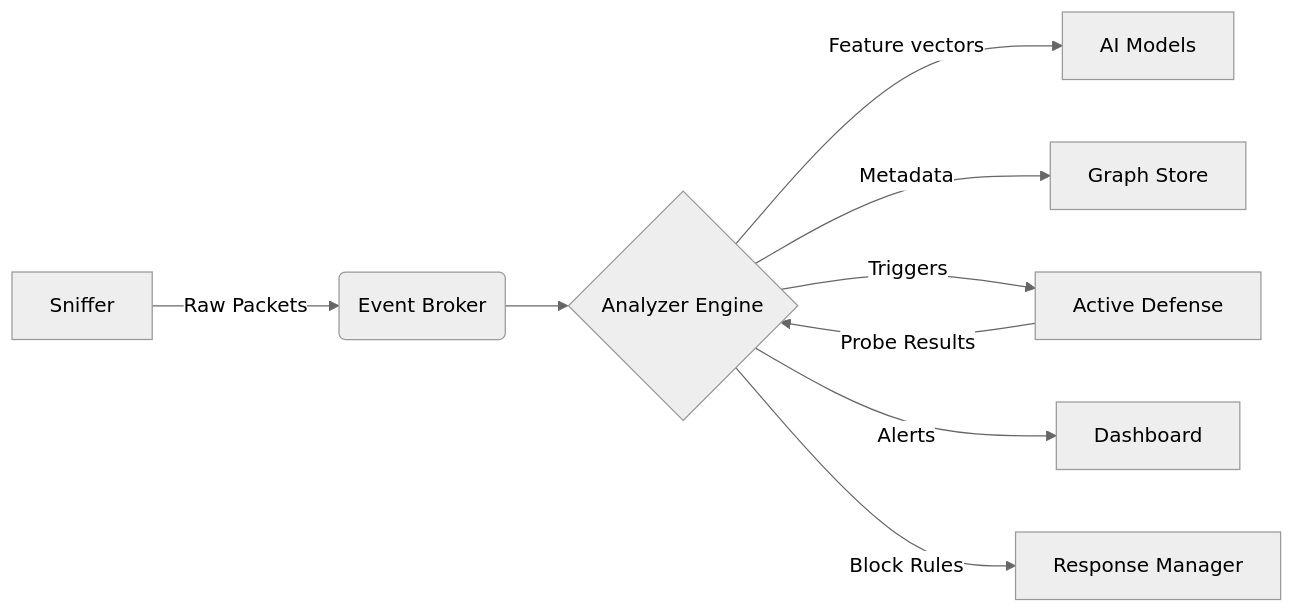
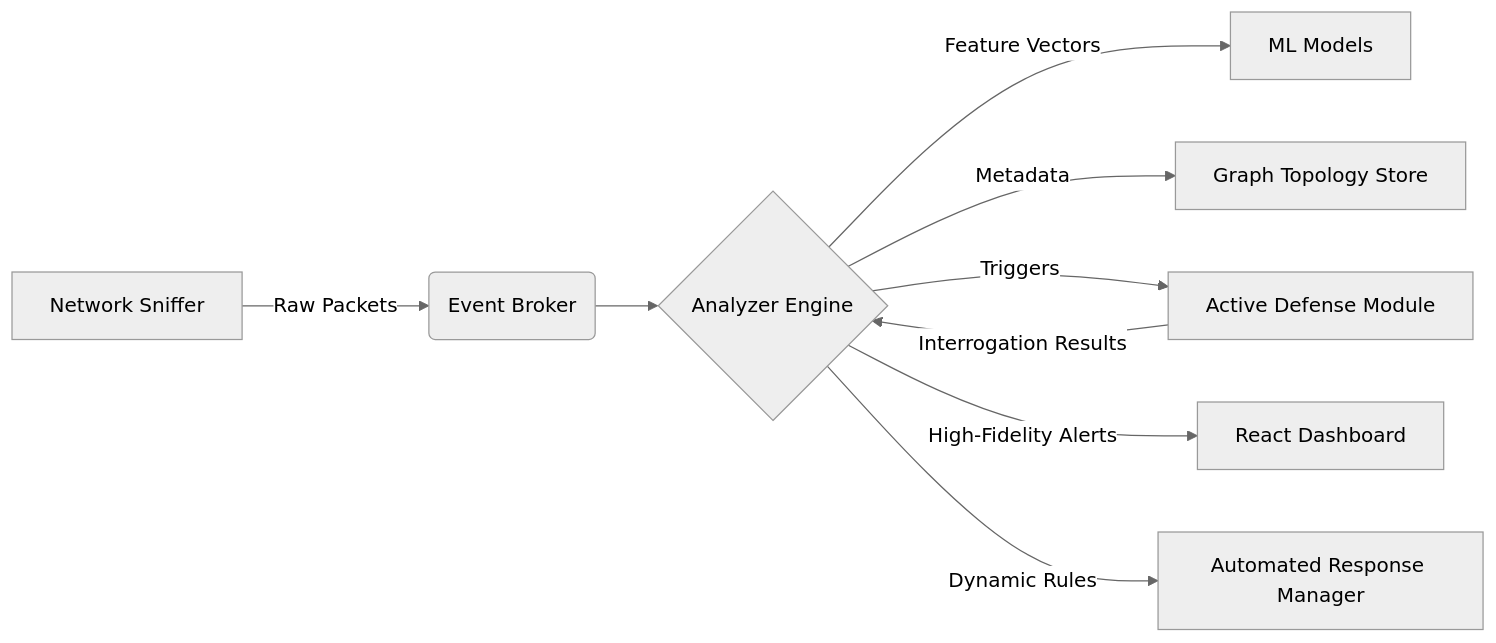
The diagram in README.md (The-Cloud-Ambassadors/Shadow_hunter), drawn with Mermaid (neutral theme) before and after one commit. The commit also changed other lines of this file and 3 other files, not shown here.

````diff
--- a/README.md
+++ b/README.md
@@ -74,11 +35,11 @@
 ```mermaid
 graph LR
-    A[Sniffer] -->|Raw Packets| B(Event Broker)
+    A[Network Sniffer] -->|Raw Packets| B(Event Broker)
     B --> C{Analyzer Engine}
-    C -->|Feature vectors| D[AI Models]
-    C -->|Metadata| E[Graph Store]
-    C -->|Triggers| F[Active Defense]
-    F -->|Probe Results| C
-    C -->|Alerts| G[Dashboard]
-    C -->|Block Rules| H[Response Manager]
+    C -->|Feature Vectors| D[ML Models]
+    C -->|Metadata| E[Graph Topology Store]
+    C -->|Triggers| F[Active Defense Module]
+    F -->|Interrogation Results| C
+    C -->|High-Fidelity Alerts| G[React Dashboard]
+    C -->|Dynamic Rules| H[Automated Response Manager]
 ```
````
